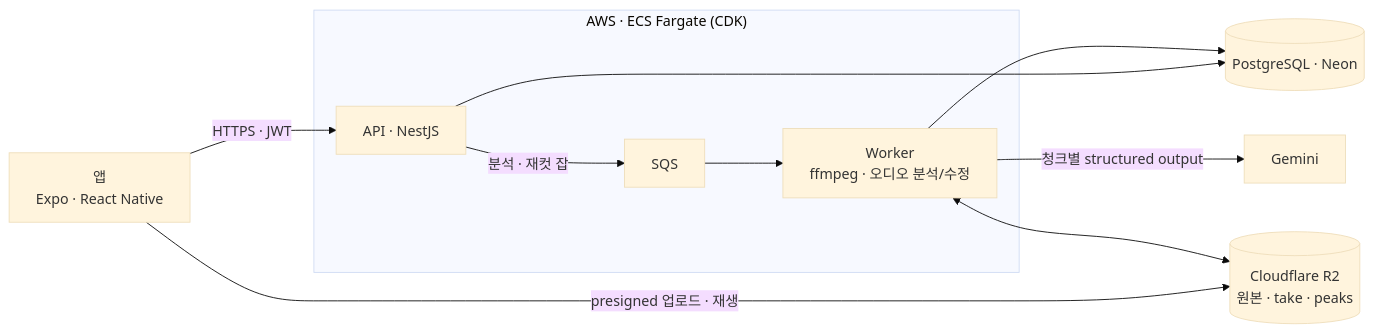
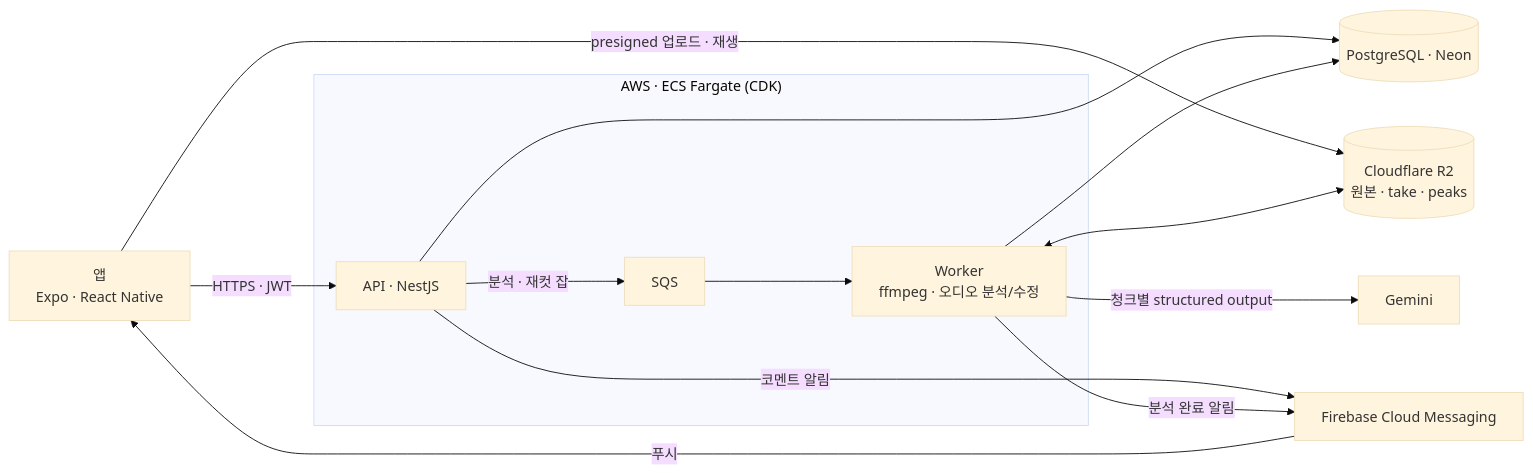
Before and after one commit to dongqui/bandapp: the diagram in README.md, drawn with Mermaid (base theme). The commit also changed other lines of this file and 4 other files, not shown here.

````diff
--- a/README.md
+++ b/README.md
@@ -21,20 +26,24 @@
 ```mermaid
 flowchart LR
   App["앱<br/>Expo · React Native"]
   subgraph AWS["AWS · ECS Fargate (CDK)"]
     API["API · NestJS"]
     SQS["SQS"]
     Worker["Worker<br>ffmpeg · 오디오 분석/수정"]
   end
   DB[("PostgreSQL · Neon")]
   R2[("Cloudflare R2<br/>원본 · take · peaks")]
   Gemini["Gemini"]
+  FCM["Firebase Cloud Messaging"]
 
   App -- "HTTPS · JWT" --> API
   App -- "presigned 업로드 · 재생" --> R2
   API --> DB
   API -- "분석 · 재컷 잡" --> SQS --> Worker
   Worker <--> R2
   Worker -- "청크별 structured output" --> Gemini
   Worker --> DB
+  API -- "코멘트 알림" --> FCM
+  Worker -- "분석 완료 알림" --> FCM
+  FCM -- "푸시" --> App
 ```
````
